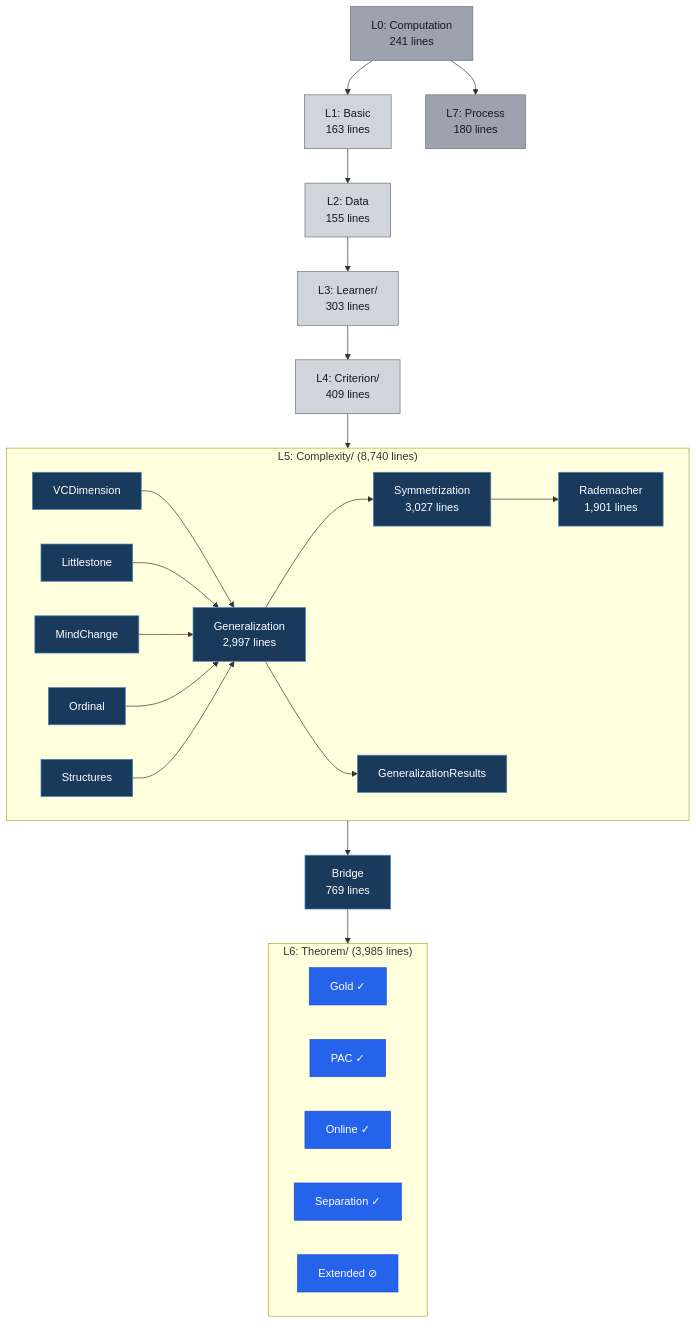
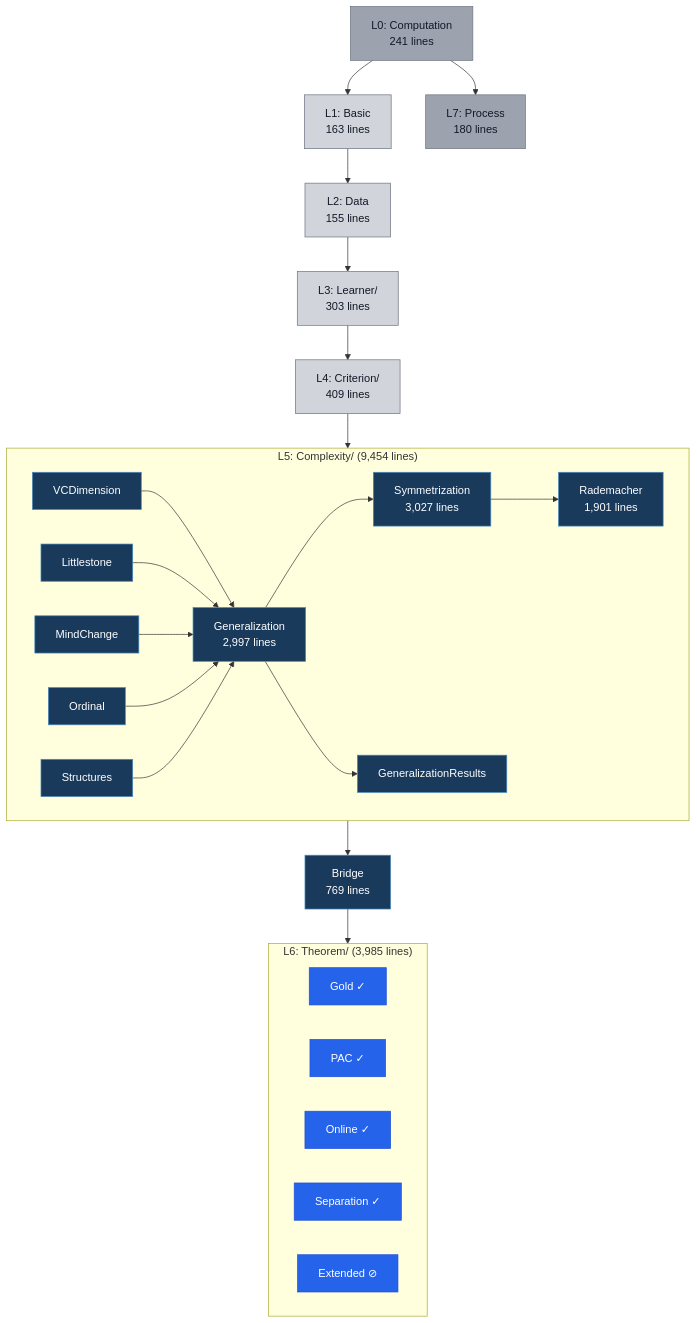
The second of 5 diagrams in README.md (Zetetic-Dhruv/formal-learning-theory-kernel), drawn with Mermaid before and after one commit. The commit also changed other lines of this file and 1 other file, not shown here.

````diff
--- a/README.md
+++ b/README.md
@@ -104,55 +104,55 @@
 ```mermaid
 flowchart TB
     classDef types fill:#d1d5db,stroke:#6b7280,color:#111827
     classDef infra fill:#1a3a5c,stroke:#4a8abf,color:#fff
     classDef thm fill:#2563eb,stroke:#1d4ed8,color:#fff
     classDef vocab fill:#9ca3af,stroke:#6b7280,color:#111827
 
     L0["L0: Computation\n241 lines"]:::vocab
     L1["L1: Basic\n163 lines"]:::types
     L2["L2: Data\n155 lines"]:::types
     L3["L3: Learner/\n303 lines"]:::types
     L4["L4: Criterion/\n409 lines"]:::types
 
-    subgraph L5["L5: Complexity/ (8,740 lines)"]
+    subgraph L5["L5: Complexity/ (9,454 lines)"]
         VCD["VCDimension"]:::infra
         LIT["Littlestone"]:::infra
         MC["MindChange"]:::infra
         ORD["Ordinal"]:::infra
         STR["Structures"]:::infra
         GEN["Generalization\n2,997 lines"]:::infra
         SYM["Symmetrization\n3,027 lines"]:::infra
         RAD2["Rademacher\n1,901 lines"]:::infra
         GR["GeneralizationResults"]:::infra
     end
 
     BR["Bridge\n769 lines"]:::infra
 
     subgraph L6["L6: Theorem/ (3,985 lines)"]
         GOLD["Gold ✓"]:::thm
         TPAC["PAC ✓"]:::thm
         TONL["Online ✓"]:::thm
         SEP["Separation ✓"]:::thm
         EXT["Extended ⊘"]:::thm
     end
 
     L7["L7: Process\n180 lines"]:::vocab
 
     L0 --> L1
     L1 --> L2
     L2 --> L3
     L3 --> L4
     L4 --> L5
     L5 --> BR
     BR --> L6
     L0 --> L7
 
     VCD --> GEN
     LIT --> GEN
     MC --> GEN
     ORD --> GEN
     STR --> GEN
     GEN --> SYM
     SYM --> RAD2
     GEN --> GR
 ```
````
